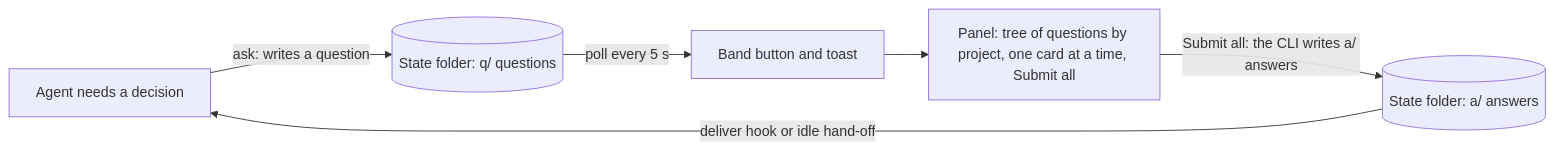
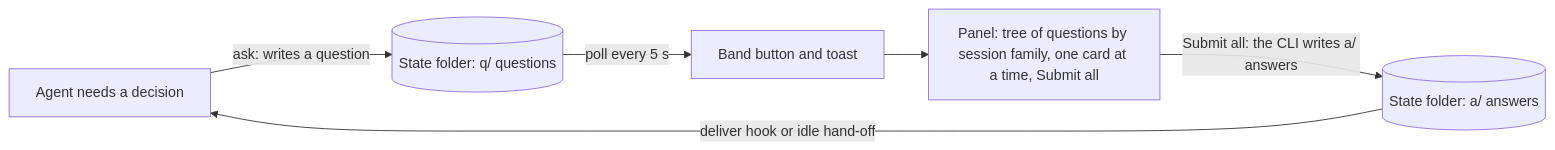
Before and after one commit to KeepGlide/askaway: the first of 2 diagrams in README.md, drawn with Mermaid. The commit also changed other lines of this file and 12 other files, not shown here.

````diff
--- a/README.md
+++ b/README.md
@@ -62,8 +62,8 @@
 ```mermaid
 flowchart LR
     agent["Agent needs a decision"] -->|"ask: writes a question"| folder[("State folder: q/ questions")]
     folder -->|"poll every 5 s"| band["Band button and toast"]
-    band --> panel["Panel: tree of questions by project, one card at a time, Submit all"]
+    band --> panel["Panel: tree of questions by session family, one card at a time, Submit all"]
     panel -->|"Submit all: the CLI writes a/ answers"| answers[("State folder: a/ answers")]
     answers -->|"deliver hook or idle hand-off"| agent
 ```
````
